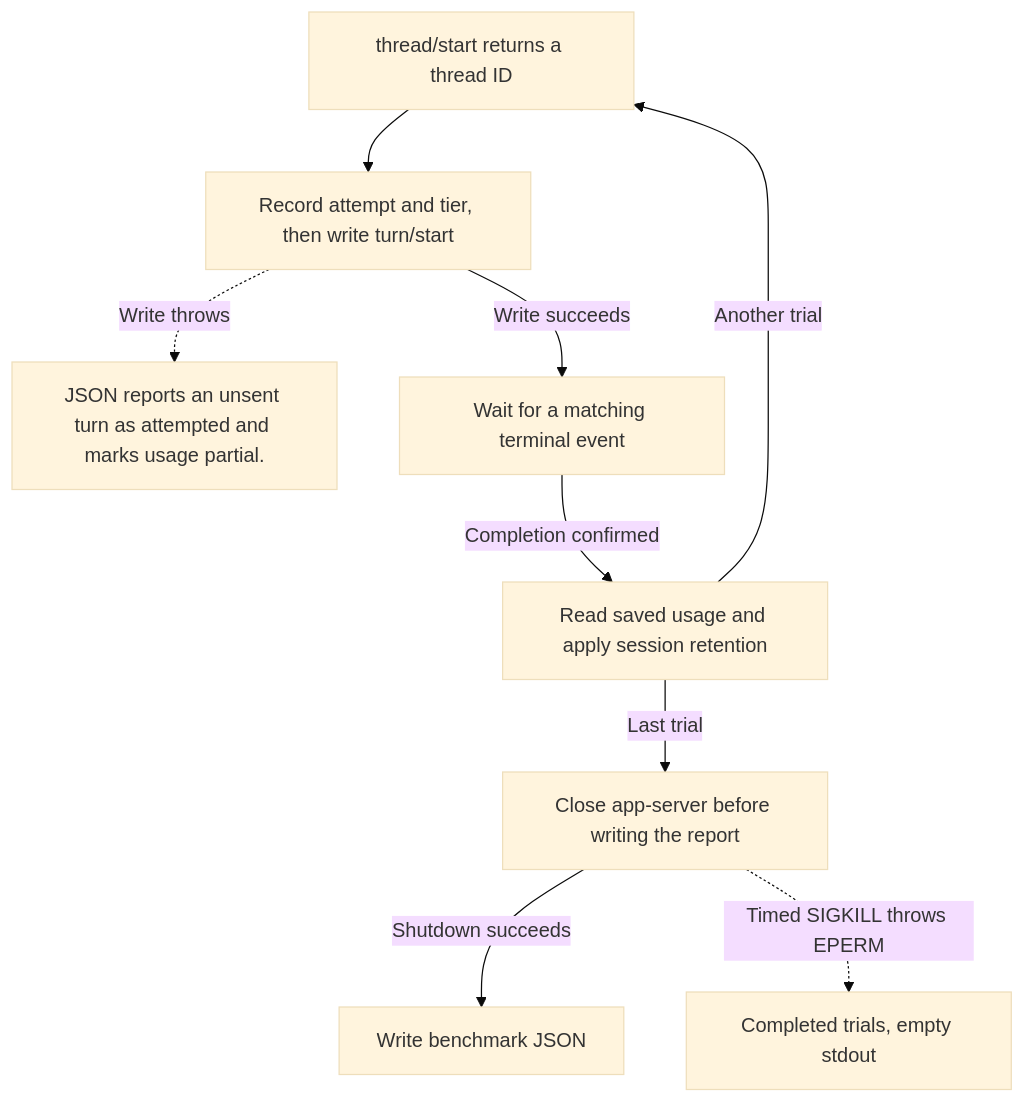
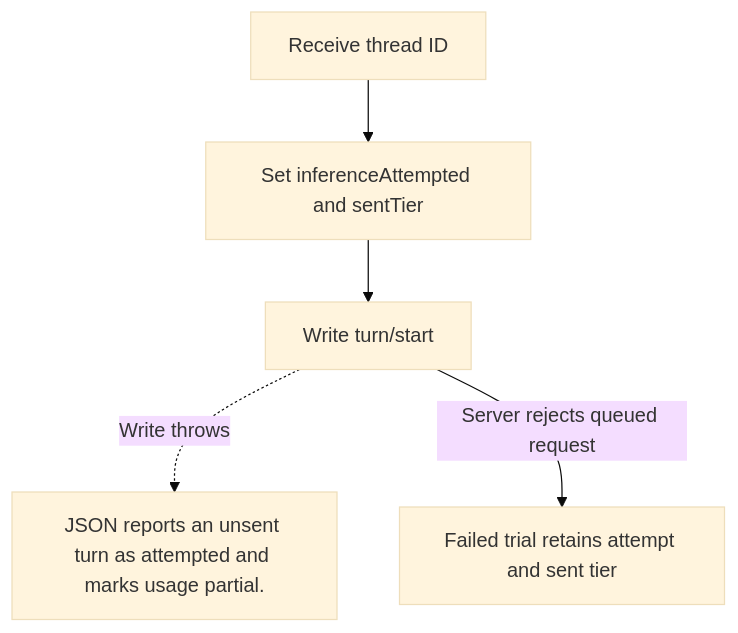
The second of 5 diagrams in docs/researches/research-2026-11-19-codex-turn-reporting-and-process-shutdown.md (dev-pi2pie/cdx-chores), drawn with Mermaid (base theme) before and after one commit. The commit also changed other lines of this file, not shown here.

Commit message:
docs(research): clarify Codex command routing and session retention

````diff
--- a/docs/researches/research-2026-11-19-codex-turn-reporting-and-process-shutdown.md
+++ b/docs/researches/research-2026-11-19-codex-turn-reporting-and-process-shutdown.md
@@ -18,11 +48,7 @@
 ```mermaid
 flowchart TD
-    thread["thread/start returns a thread ID"] --> dispatch["Record attempt and tier, then write turn/start"]
-    dispatch -.->|Write throws| unsent["JSON reports an unsent turn as attempted and marks usage partial."]
-    dispatch -->|Write succeeds| observe["Wait for a matching terminal event"]
-    observe -->|Completion confirmed| trial["Read saved usage and apply session retention"]
-    trial -->|Another trial| thread
-    trial -->|Last trial| close["Close app-server before writing the report"]
-    close -->|Shutdown succeeds| report["Write benchmark JSON"]
-    close -.->|Timed SIGKILL throws EPERM| lost["Completed trials, empty stdout"]
+    thread["Receive thread ID"] --> record["Set inferenceAttempted and sentTier"]
+    record --> write["Write turn/start"]
+    write -.->|Write throws| unsent["JSON reports an unsent turn as attempted and marks usage partial."]
+    write -->|Server rejects queued request| rejected["Failed trial retains attempt and sent tier"]
 ```
````
